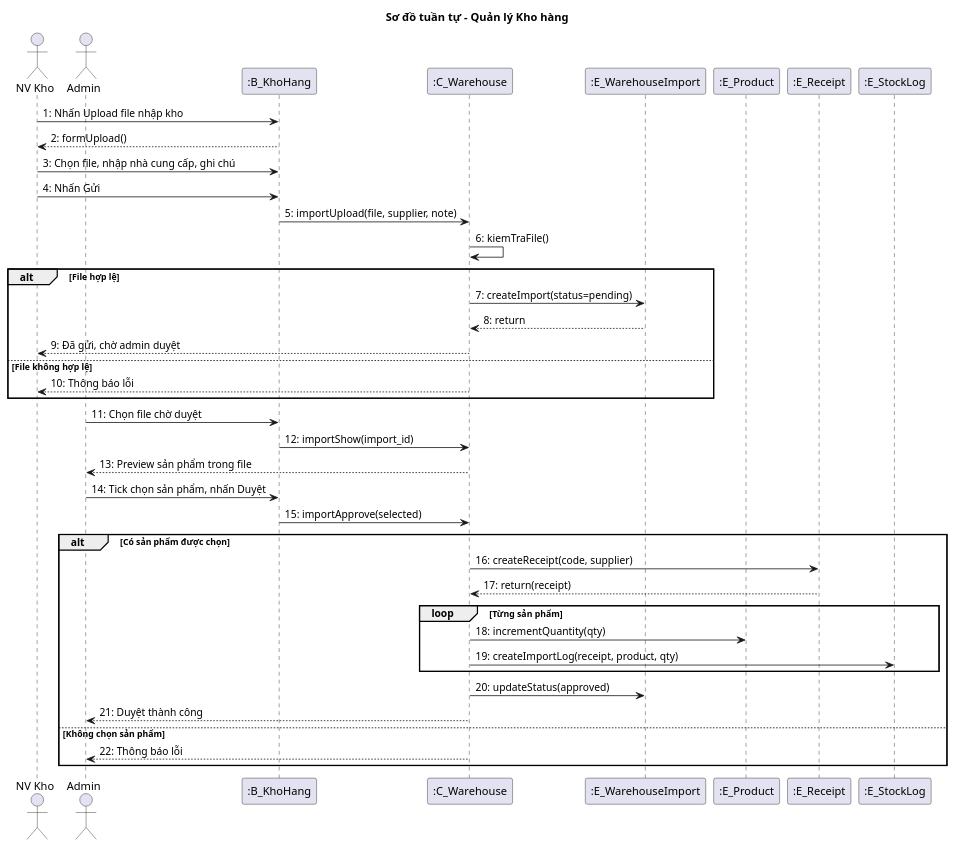
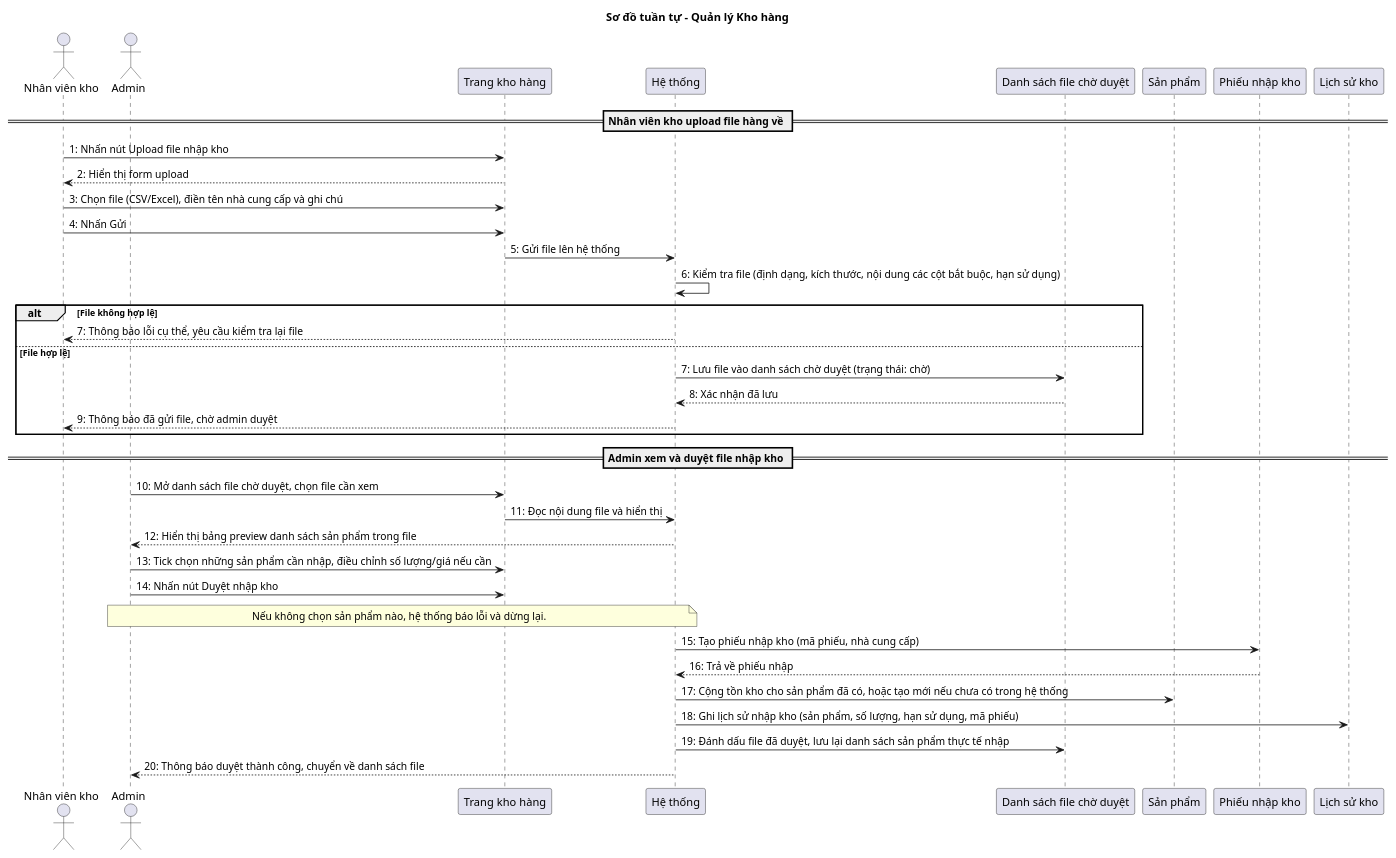
The diagram in app/Http/doc/sequence/10-kho-hang.puml (thien258/luanvantotnghiep), drawn with PlantUML before and after one commit. The commit also changed 59 other files, not shown here.

```diff
--- a/app/Http/doc/sequence/10-kho-hang.puml
+++ b/app/Http/doc/sequence/10-kho-hang.puml
@@ -1,49 +1,49 @@
 @startuml
 title Sơ đồ tuần tự - Quản lý Kho hàng
 
-actor "NV Kho" as NV
+actor "Nhân viên kho" as NV
 actor "Admin" as A
-participant ":B_KhoHang" as B
-participant ":C_Warehouse" as C
-participant ":E_WarehouseImport" as EW
-participant ":E_Product" as EP
-participant ":E_Receipt" as ER
-participant ":E_StockLog" as ES
+participant "Trang kho hàng" as B
+participant "Hệ thống" as C
+participant "Danh sách file chờ duyệt" as EW
+participant "Sản phẩm" as EP
+participant "Phiếu nhập kho" as ER
+participant "Lịch sử kho" as ES
 
-NV -> B : 1: Nhấn Upload file nhập kho
-B --> NV : 2: formUpload()
-NV -> B : 3: Chọn file, nhập nhà cung cấp, ghi chú
+== Nhân viên kho upload file hàng về ==
+
+NV -> B : 1: Nhấn nút Upload file nhập kho
+B --> NV : 2: Hiển thị form upload
+NV -> B : 3: Chọn file (CSV/Excel), điền tên nhà cung cấp và ghi chú
 NV -> B : 4: Nhấn Gửi
-B -> C : 5: importUpload(file, supplier, note)
-C -> C : 6: kiemTraFile()
+B -> C : 5: Gửi file lên hệ thống
+C -> C : 6: Kiểm tra file (định dạng, kích thước, nội dung các cột bắt buộc, hạn sử dụng)
 
-alt File hợp lệ
-    C -> EW : 7: createImport(status=pending)
-    EW --> C : 8: return
-    C --> NV : 9: Đã gửi, chờ admin duyệt
-else File không hợp lệ
-    C --> NV : 10: Thông báo lỗi
+alt File không hợp lệ
+    C --> NV : 7: Thông báo lỗi cụ thể, yêu cầu kiểm tra lại file
+else File hợp lệ
+    C -> EW : 7: Lưu file vào danh sách chờ duyệt (trạng thái: chờ)
+    EW --> C : 8: Xác nhận đã lưu
+    C --> NV : 9: Thông báo đã gửi file, chờ admin duyệt
 end
 
-A -> B : 11: Chọn file chờ duyệt
-B -> C : 12: importShow(import_id)
-C --> A : 13: Preview sản phẩm trong file
+== Admin xem và duyệt file nhập kho ==
 
-A -> B : 14: Tick chọn sản phẩm, nhấn Duyệt
-B -> C : 15: importApprove(selected)
+A -> B : 10: Mở danh sách file chờ duyệt, chọn file cần xem
+B -> C : 11: Đọc nội dung file và hiển thị
+C --> A : 12: Hiển thị bảng preview danh sách sản phẩm trong file
 
-alt Có sản phẩm được chọn
-    C -> ER : 16: createReceipt(code, supplier)
-    ER --> C : 17: return(receipt)
+A -> B : 13: Tick chọn những sản phẩm cần nhập, điều chỉnh số lượng/giá nếu cần
+A -> B : 14: Nhấn nút Duyệt nhập kho
 
-    loop Từng sản phẩm
-        C -> EP : 18: incrementQuantity(qty)
-        C -> ES : 19: createImportLog(receipt, product, qty)
-    end
+note over C, A
+    Nếu không chọn sản phẩm nào, hệ thống báo lỗi và dừng lại.
+end note
 
-    C -> EW : 20: updateStatus(approved)
-    C --> A : 21: Duyệt thành công
-else Không chọn sản phẩm
-    C --> A : 22: Thông báo lỗi
-end
+C -> ER : 15: Tạo phiếu nhập kho (mã phiếu, nhà cung cấp)
+ER --> C : 16: Trả về phiếu nhập
+C -> EP : 17: Cộng tồn kho cho sản phẩm đã có, hoặc tạo mới nếu chưa có trong hệ thống
+C -> ES : 18: Ghi lịch sử nhập kho (sản phẩm, số lượng, hạn sử dụng, mã phiếu)
+C -> EW : 19: Đánh dấu file đã duyệt, lưu lại danh sách sản phẩm thực tế nhập
+C --> A : 20: Thông báo duyệt thành công, chuyển về danh sách file
 @enduml
```
